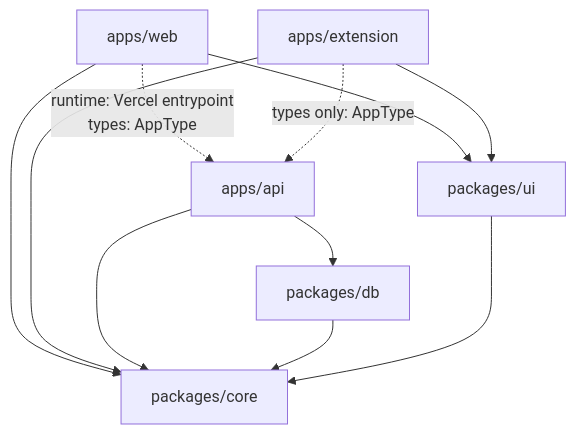
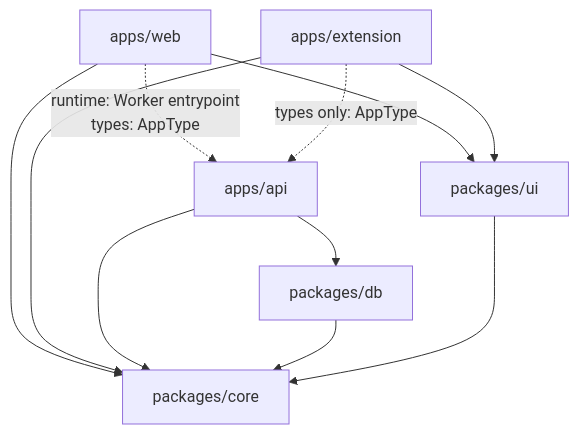
The second of 9 diagrams in docs/architecture.md (kvnyng/rentbuddy), drawn with Mermaid before and after one commit. The commit also changed other lines of this file and 3 other files, not shown here.

First line of the commit message:
docs: move hosting to Cloudflare and add the M1-M4 roadmap

````diff
--- a/docs/architecture.md
+++ b/docs/architecture.md
@@ -102,11 +106,11 @@
 ```mermaid
 flowchart TD
   web["apps/web"] --> ui & core
-  web -. "runtime: Vercel entrypoint<br/>types: AppType" .-> api
+  web -. "runtime: Worker entrypoint<br/>types: AppType" .-> api
   ext["apps/extension"] --> ui & core
   ext -. "types only: AppType" .-> api
   api["apps/api"] --> core & db
   db["packages/db"] --> core
   ui["packages/ui"] --> core
   core["packages/core"]
 ```
````
